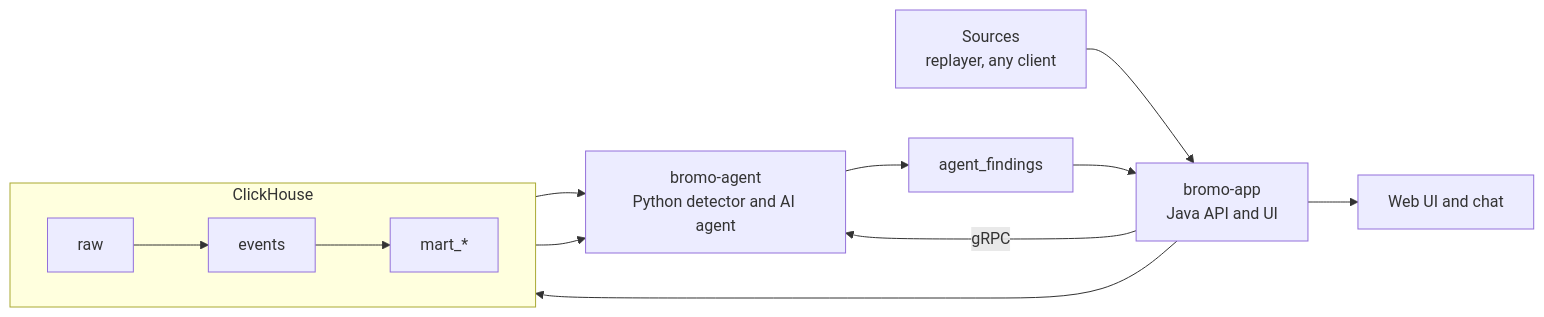
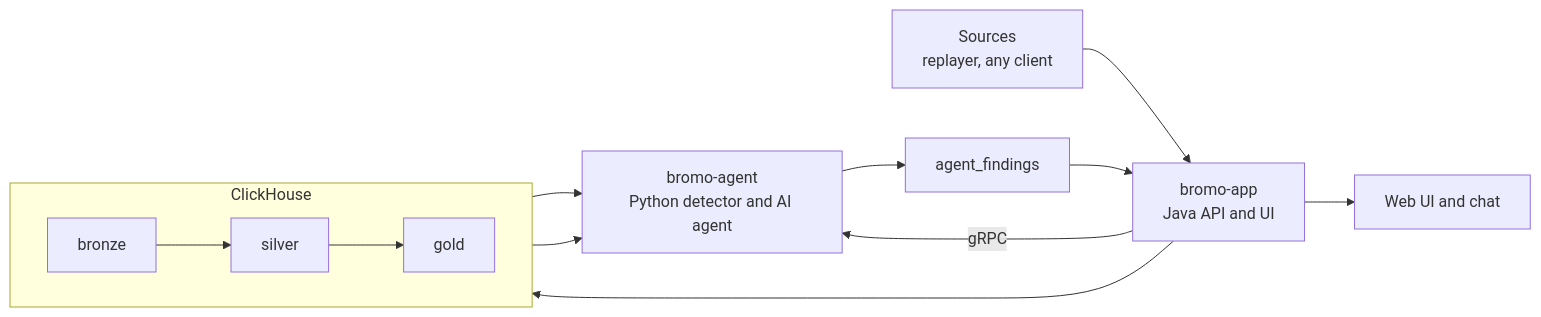
One commit to raihanpka/streaming-elt-clickhouse-with-ai changed the diagram in README.md. Above: the diagram before and after it, drawn with Mermaid. The commit also changed other lines of this file and 120 other files, not shown here.

````diff
--- a/README.md
+++ b/README.md
@@ -32,18 +32,18 @@
 ```mermaid
 flowchart LR
     S[Sources<br/>replayer, any client] --> A[bromo-app<br/>Java API and UI]
     A --> W
 
     subgraph W["ClickHouse"]
         direction LR
-        RAW[raw] --> EV[events] --> MA[mart_*]
+        BR[bronze] --> SI[silver] --> GO[gold]
     end
 
     AG[bromo-agent<br/>Python detector and AI agent]
-    MA --> AG
-    EV --> AG
+    GO --> AG
+    SI --> AG
     AG --> FD[agent_findings]
     FD --> A
     A -->|gRPC| AG
     A --> U[Web UI and chat]
 ```
````
